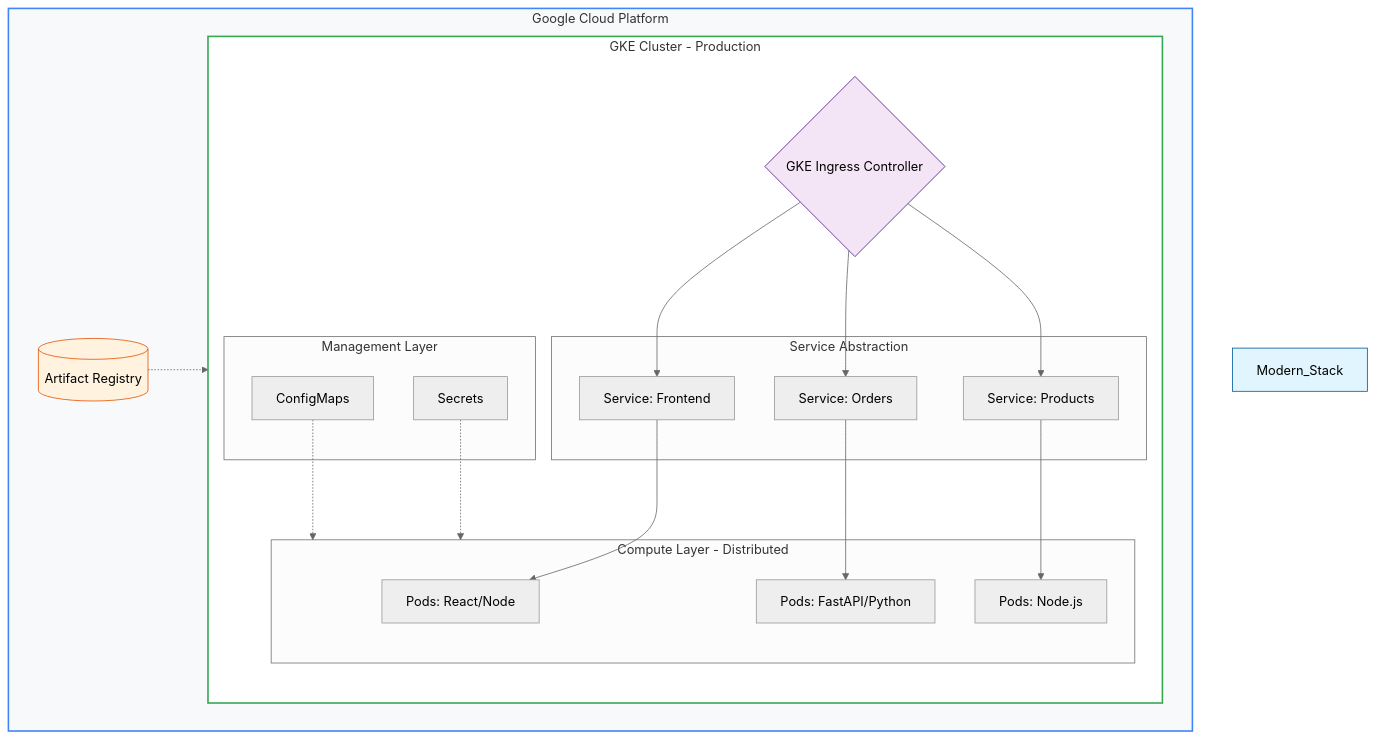
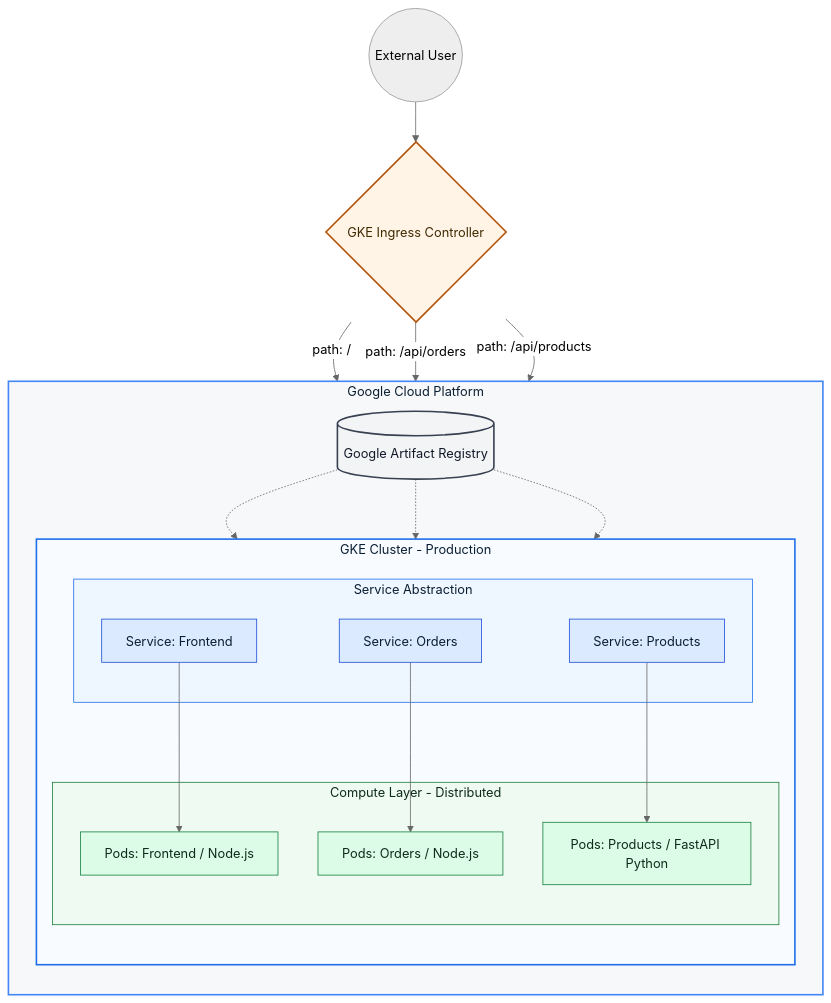
The third of 4 diagrams in README.md (razackou/gke-strangler-fig-architecture), drawn with Mermaid (neutral theme) before and after one commit. The commit also changed other lines of this file and 1 other file, not shown here.

Commit message:
adding diagrams to README

````diff
--- a/README.md
+++ b/README.md
@@ -186,52 +201,57 @@
 ```mermaid
 graph TB
+    User((External User)) --> Ingress{GKE Ingress Controller}
+
     subgraph GCP_Cloud [Google Cloud Platform]
+        direction TB
+
         subgraph GKE_Cluster [GKE Cluster - Production]
             direction TB
-            Ingress{GKE Ingress Controller}
-            
+
             subgraph Services_Layer [Service Abstraction]
                 SVC_Front[Service: Frontend]
                 SVC_Orders[Service: Orders]
                 SVC_Products[Service: Products]
             end
-            
+
             subgraph Pods_Layer [Compute Layer - Distributed]
-                Pod_React[Pods: React/Node]
-                Pod_FastAPI[Pods: FastAPI/Python]
-                Pod_Node[Pods: Node.js]
+                Pod_Front[Pods: Frontend / Node.js]
+                Pod_Orders[Pods: Orders / Node.js]
+                Pod_Products[Pods: Products / FastAPI Python]
             end
-            
-            subgraph Config_Layer [Management Layer]
-                CM[ConfigMaps]
-                Sec[Secrets]
-            end
+
         end
-        
-        GAR[(Artifact Registry)]
+
+        Registry[(Google Artifact Registry)]
     end
 
     %% Routing Logic
-    Ingress --> SVC_Front
-    Ingress --> SVC_Orders
-    Ingress --> SVC_Products
-    
+    Ingress -- "path: /" --> SVC_Front
+    Ingress -- "path: /api/orders" --> SVC_Orders
+    Ingress -- "path: /api/products" --> SVC_Products
+
     %% Service to Pod Mapping
-    SVC_Front --> Pod_React
-    SVC_Orders --> Pod_FastAPI
-    SVC_Products --> Pod_Node
-    
-    %% Configuration Injection
-    CM -.-> Pods_Layer
-    Sec -.-> Pods_Layer
-    
+    SVC_Front --> Pod_Front
+    SVC_Orders --> Pod_Orders
+    SVC_Products --> Pod_Products
+
     %% Image Pulls
-    GAR -.-> Pods_Layer
+    Registry -.-> Pod_Front
+    Registry -.-> Pod_Orders
+    Registry -.-> Pod_Products
 
-    %% Styling
-    style GCP_Cloud fill:#f8f9fa,stroke:#4285f4,stroke-width:2px
-    style GKE_Cluster fill:#ffffff,stroke:#34a853,stroke-width:2px
-    style Ingress fill:#f3e5f5,stroke:#4a148c
-    style Modern_Stack fill:#e1f5fe,stroke:#01579b
-    style GAR fill:#fff3e0,stroke:#e65100
+    %% Styling (high-contrast for readability)
+    style GCP_Cloud fill:#f7f8fa,stroke:#4285f4,stroke-width:2px,color:#0b1f33
+    style GKE_Cluster fill:#f8fbff,stroke:#1f6feb,stroke-width:2px,color:#0b1f33
+    style Services_Layer fill:#eef6ff,stroke:#1f6feb,stroke-width:1px,color:#0b1f33
+    style Pods_Layer fill:#eefaf2,stroke:#1a7f37,stroke-width:1px,color:#0f2a1a
+    style Ingress fill:#fff4e5,stroke:#b45309,stroke-width:2px,color:#3f2a00
+    style Registry fill:#f3f4f6,stroke:#374151,stroke-width:2px,color:#111827
+
+    style SVC_Front fill:#dbeafe,stroke:#1d4ed8,stroke-width:1px,color:#0b1f33
+    style SVC_Orders fill:#dbeafe,stroke:#1d4ed8,stroke-width:1px,color:#0b1f33
+    style SVC_Products fill:#dbeafe,stroke:#1d4ed8,stroke-width:1px,color:#0b1f33
+    style Pod_Front fill:#dcfce7,stroke:#15803d,stroke-width:1px,color:#0f2a1a
+    style Pod_Orders fill:#dcfce7,stroke:#15803d,stroke-width:1px,color:#0f2a1a
+    style Pod_Products fill:#dcfce7,stroke:#15803d,stroke-width:1px,color:#0f2a1a
 ```
````
